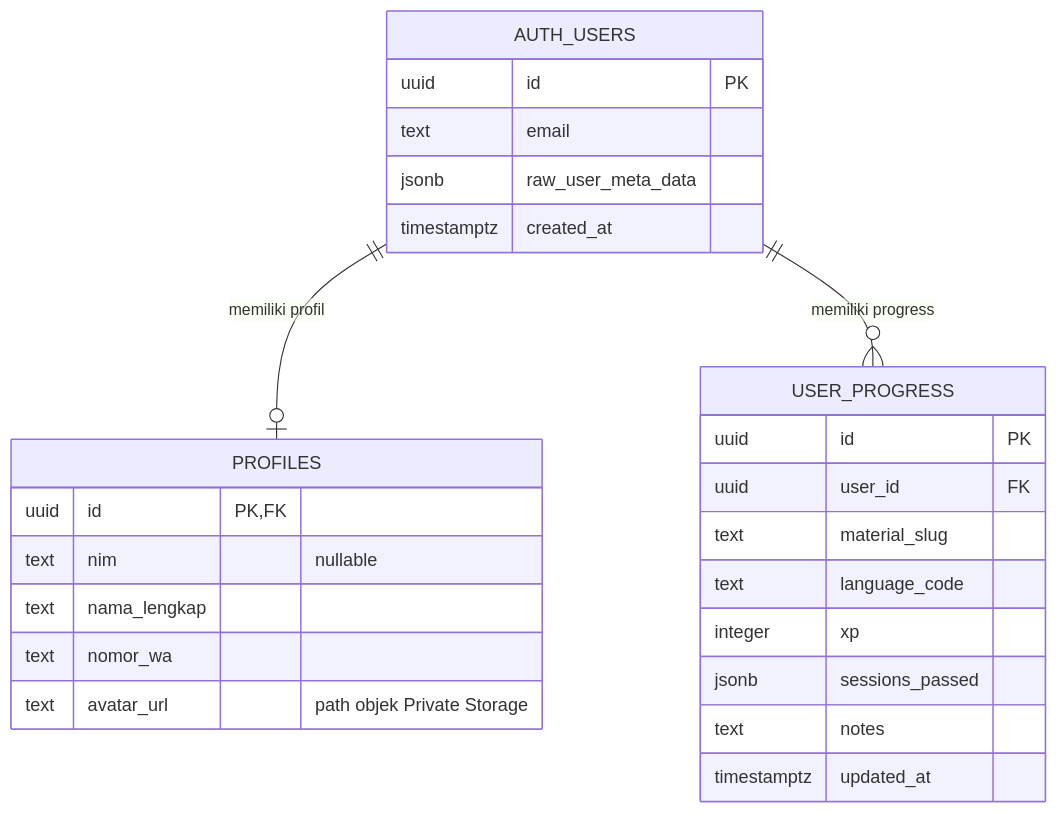
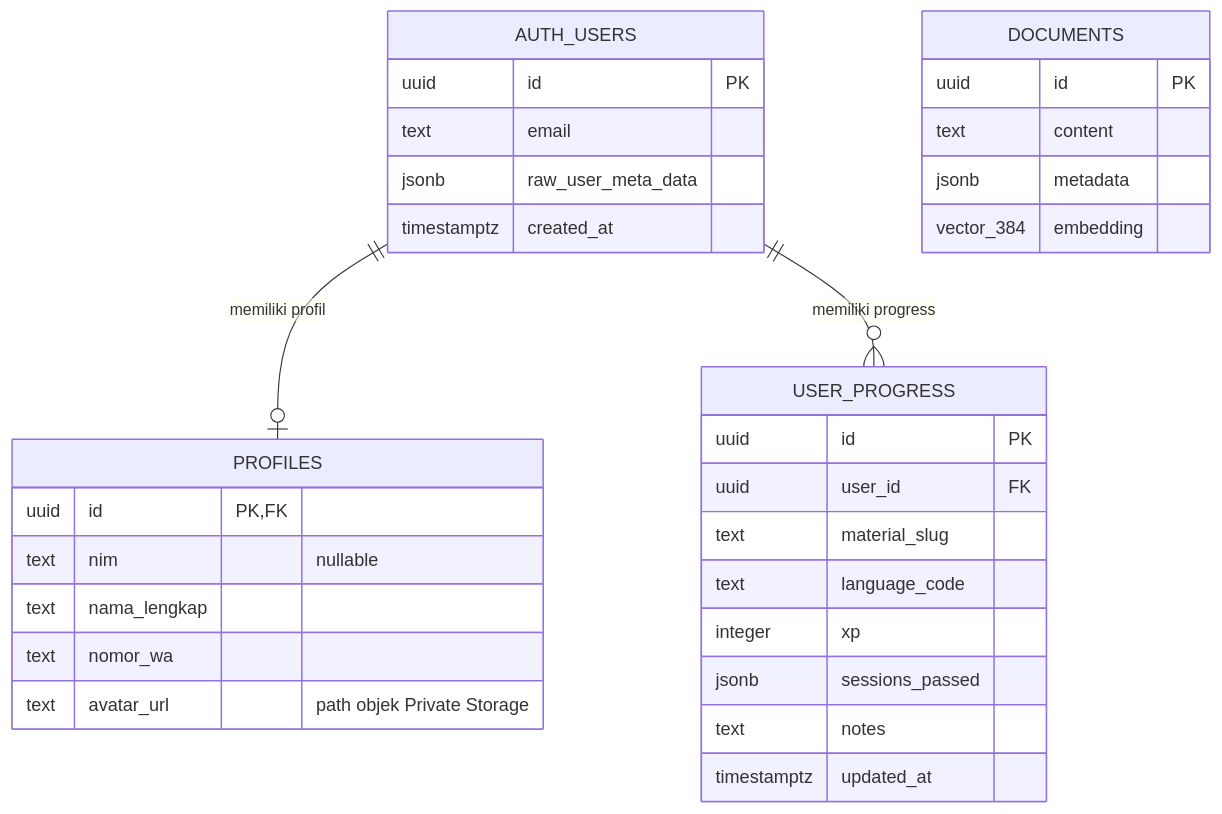
One commit to nandayudhistirawibowo/NdUniverse changed the diagram in ERD.md. Above: the diagram before and after it, drawn with Mermaid. The commit also changed other lines of this file and 34 other files, not shown here.

````diff
--- a/ERD.md
+++ b/ERD.md
@@ -7,31 +7,38 @@
 ```mermaid
 erDiagram
     AUTH_USERS ||--o| PROFILES : "memiliki profil"
     AUTH_USERS ||--o{ USER_PROGRESS : "memiliki progress"
 
     AUTH_USERS {
         uuid id PK
         text email
         jsonb raw_user_meta_data
         timestamptz created_at
     }
 
     PROFILES {
         uuid id PK, FK
         text nim "nullable"
         text nama_lengkap
         text nomor_wa
         text avatar_url "path objek Private Storage"
     }
 
     USER_PROGRESS {
         uuid id PK
         uuid user_id FK
         text material_slug
         text language_code
         integer xp
         jsonb sessions_passed
         text notes
         timestamptz updated_at
     }
+
+    DOCUMENTS {
+        uuid id PK
+        text content
+        jsonb metadata
+        vector_384 embedding
+    }
 ```
````
